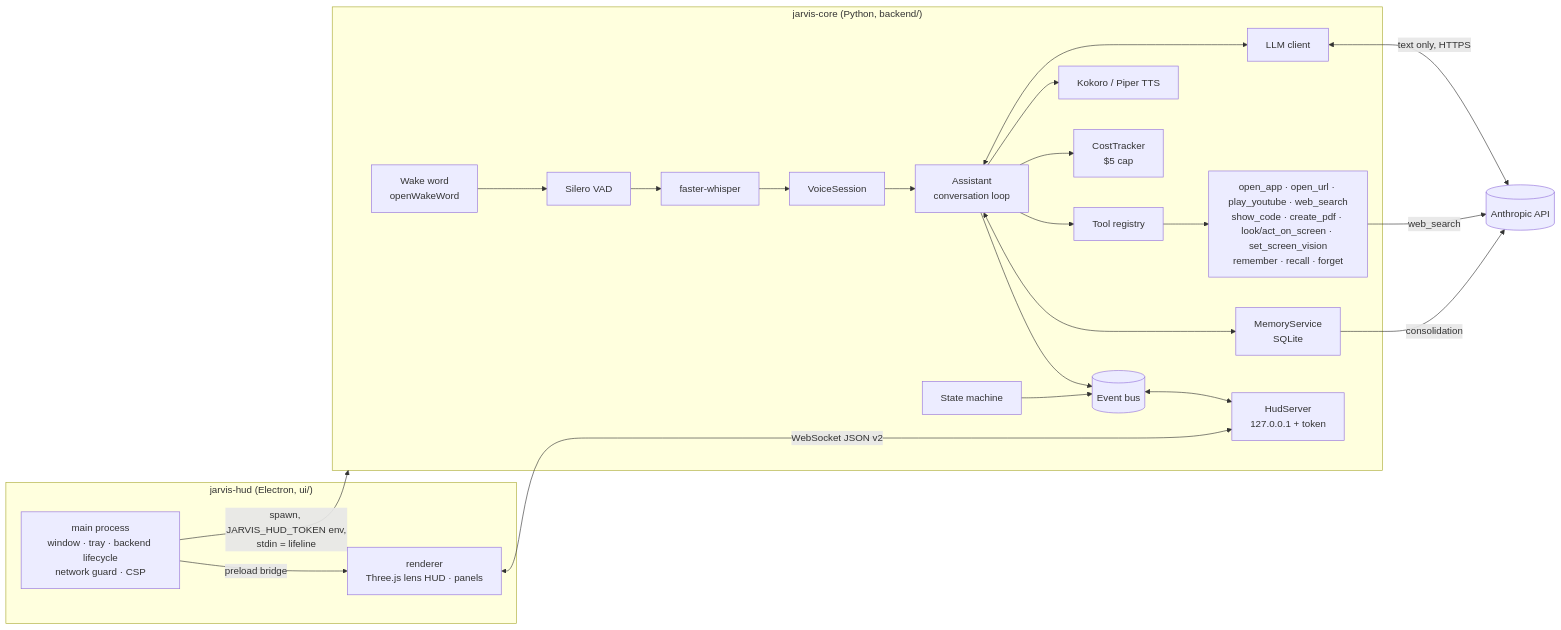
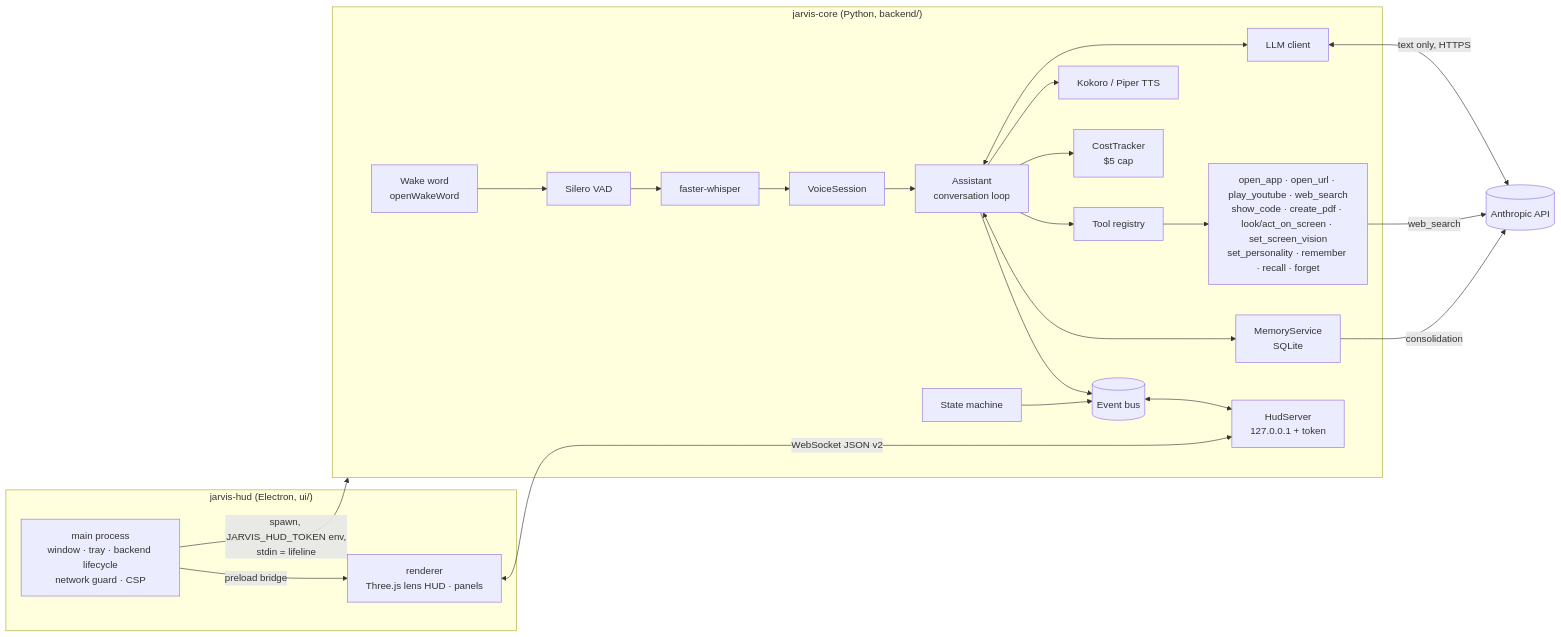
Before and after one commit to ItzMeDKKnight/JARVIS: the diagram in docs/architecture.md, drawn with Mermaid. The commit also changed other lines of this file and 25 other files, not shown here.

````diff
--- a/docs/architecture.md
+++ b/docs/architecture.md
@@ -5,24 +5,24 @@
 ```mermaid
 flowchart LR
     subgraph hud["jarvis-hud (Electron, ui/)"]
         MAIN[main process<br/>window · tray · backend lifecycle<br/>network guard · CSP] -->|preload bridge| R[renderer<br/>Three.js lens HUD · panels]
     end
     subgraph core["jarvis-core (Python, backend/)"]
         WW[Wake word<br/>openWakeWord] --> VAD[Silero VAD] --> STT[faster-whisper]
         STT --> VS[VoiceSession]
         VS --> A[Assistant<br/>conversation loop]
         A <--> LLM[LLM client]
-        A --> REG[Tool registry] --> TOOLS[open_app · open_url · play_youtube · web_search<br/>show_code · create_pdf · look/act_on_screen · set_screen_vision<br/>remember · recall · forget]
+        A --> REG[Tool registry] --> TOOLS[open_app · open_url · play_youtube · web_search<br/>show_code · create_pdf · look/act_on_screen · set_screen_vision<br/>set_personality · remember · recall · forget]
         A --> TTS[Kokoro / Piper TTS]
         A <--> MEM[MemoryService<br/>SQLite]
         A --> COST[CostTracker<br/>$5 cap]
         A --> BUS[(Event bus)]
         SM[State machine] --> BUS
         BUS <--> SRV[HudServer<br/>127.0.0.1 + token]
     end
     MAIN -->|spawn, JARVIS_HUD_TOKEN env,<br/>stdin = lifeline| core
     R <-->|WebSocket JSON v2| SRV
     LLM <-->|text only, HTTPS| API[(Anthropic API)]
     TOOLS -->|web_search| API
     MEM -->|consolidation| API
 ```
````
